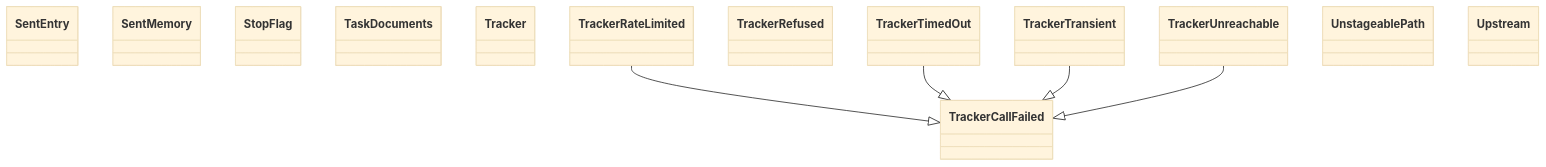
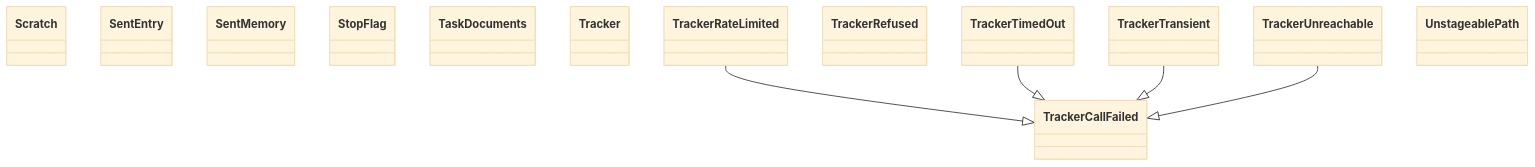
One commit to GonzaloZevallos/agentic-system changed the diagram in docs/architecture/generated/classes-process-application-support-5.md. Above: the diagram before and after it, drawn with Mermaid (base theme). The commit also changed other lines of this file and 16 other files, not shown here.

````diff
--- a/docs/architecture/generated/classes-process-application-support-5.md
+++ b/docs/architecture/generated/classes-process-application-support-5.md
@@ -16,20 +16,20 @@
 ```mermaid
 classDiagram
+    class ports__Scratch["Scratch"]
     class ports__SentEntry["SentEntry"]
     class ports__SentMemory["SentMemory"]
     class ports__StopFlag["StopFlag"]
     class ports__TaskDocuments["TaskDocuments"]
     class ports__Tracker["Tracker"]
     class ports__TrackerCallFailed["TrackerCallFailed"]
     class ports__TrackerRateLimited["TrackerRateLimited"]
     class ports__TrackerRefused["TrackerRefused"]
     class ports__TrackerTimedOut["TrackerTimedOut"]
     class ports__TrackerTransient["TrackerTransient"]
     class ports__TrackerUnreachable["TrackerUnreachable"]
     class ports__UnstageablePath["UnstageablePath"]
-    class ports__Upstream["Upstream"]
     ports__TrackerRateLimited --|> ports__TrackerCallFailed
     ports__TrackerTimedOut --|> ports__TrackerCallFailed
     ports__TrackerTransient --|> ports__TrackerCallFailed
     ports__TrackerUnreachable --|> ports__TrackerCallFailed
 ```
````
